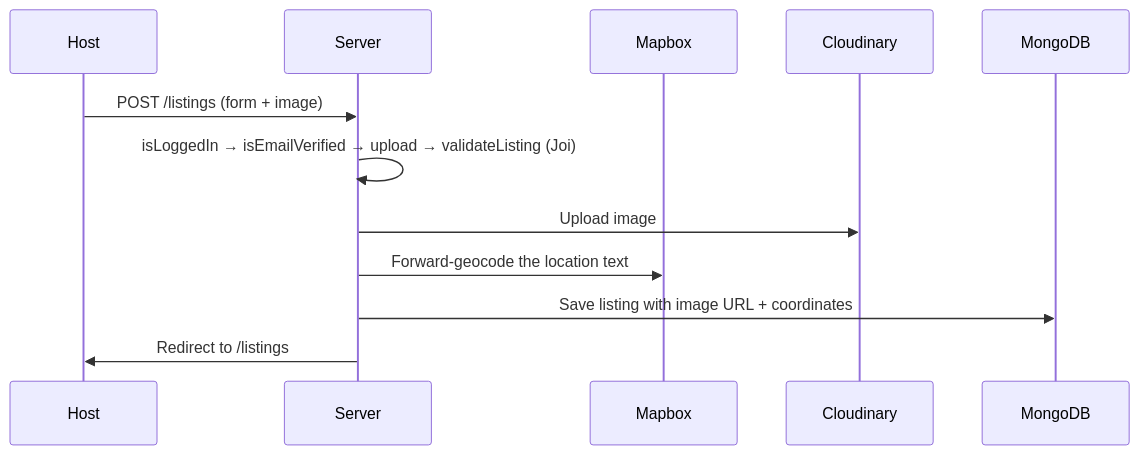
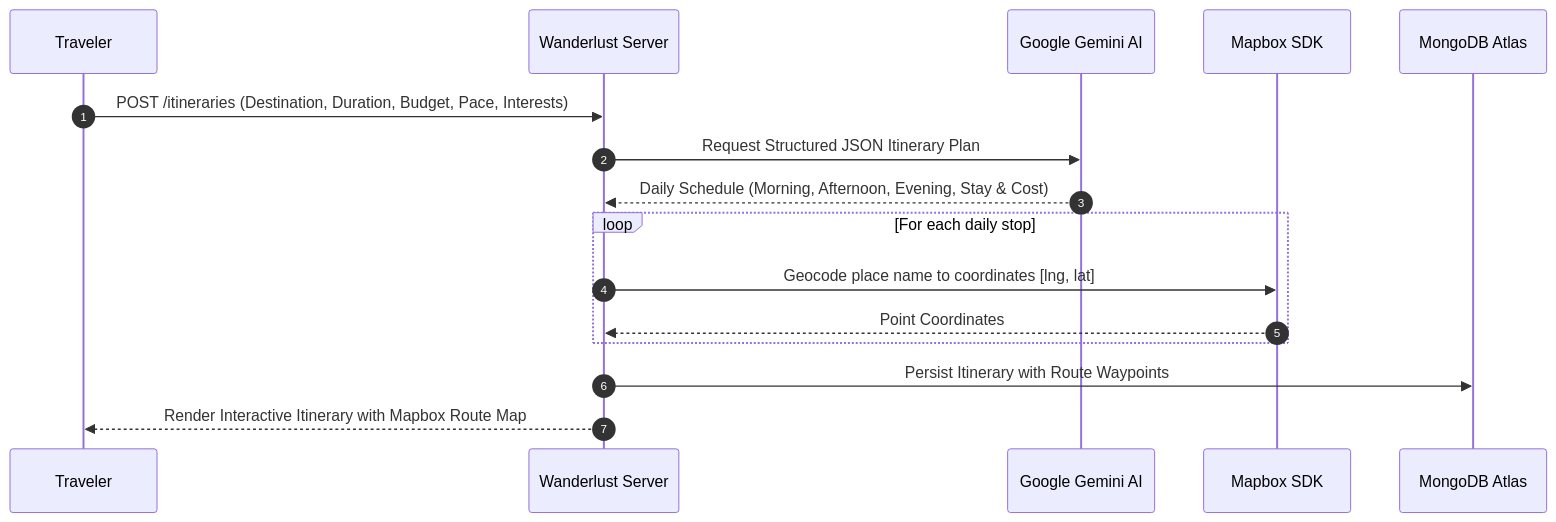
The third of 3 diagrams in Readme.md (Swarajbabu/Wanderlust-Travel-Stay-Booking-Application), drawn with Mermaid before and after one commit. The commit also changed other lines of this file and 81 other files, not shown here.

````diff
--- a/Readme.md
+++ b/Readme.md
@@ -222,15 +231,19 @@
 ```mermaid
 sequenceDiagram
-    participant U as Host
-    participant S as Server
-    participant Map as Mapbox
-    participant Cloud as Cloudinary
-    participant DB as MongoDB
+    autonumber
+    participant User as Traveler
+    participant Server as Wanderlust Server
+    participant Gemini as Google Gemini AI
+    participant Map as Mapbox SDK
+    participant DB as MongoDB Atlas
 
-    U->>S: POST /listings (form + image)
-    S->>S: isLoggedIn → isEmailVerified → upload → validateListing (Joi)
-    S->>Cloud: Upload image
-    S->>Map: Forward-geocode the location text
-    S->>DB: Save listing with image URL + coordinates
-    S->>U: Redirect to /listings
+    User->>Server: POST /itineraries (Destination, Duration, Budget, Pace, Interests)
+    Server->>Gemini: Request Structured JSON Itinerary Plan
+    Gemini-->>Server: Daily Schedule (Morning, Afternoon, Evening, Stay & Cost)
+    loop For each daily stop
+        Server->>Map: Geocode place name to coordinates [lng, lat]
+        Map-->>Server: Point Coordinates
+    end
+    Server->>DB: Persist Itinerary with Route Waypoints
+    Server-->>User: Render Interactive Itinerary with Mapbox Route Map
 ```
````
